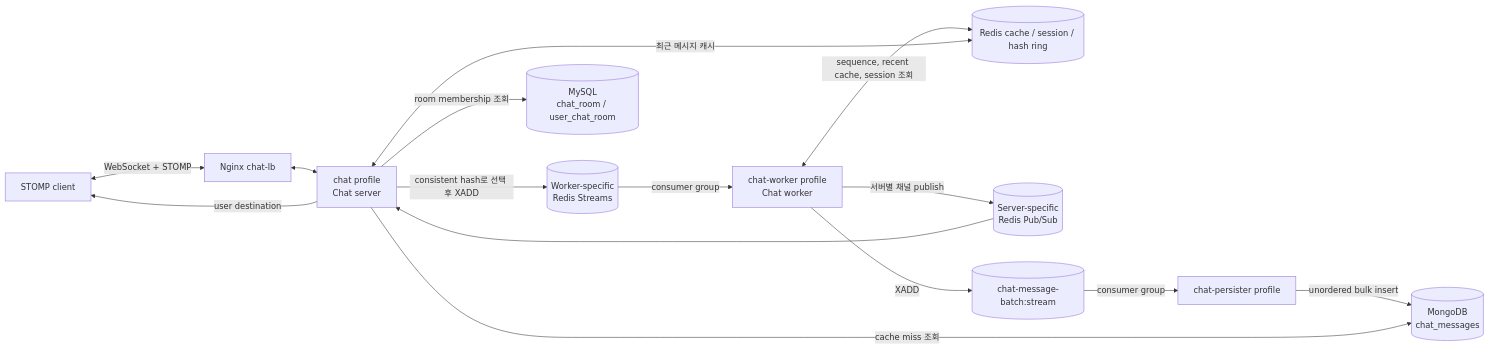
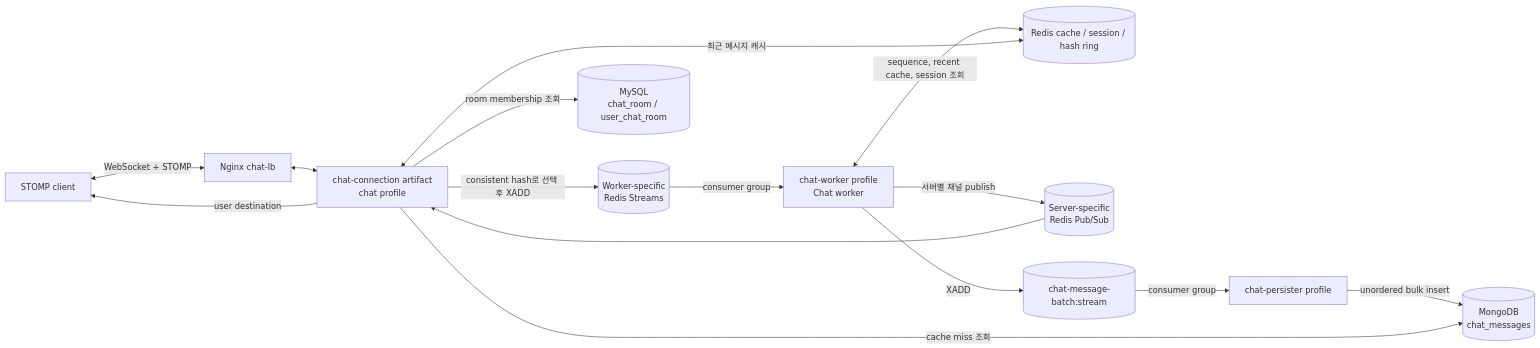
The first of 2 diagrams in BE/docs/architecture/current-chat.md (Hymin2/Webtoon-review), drawn with Mermaid before and after one commit. The commit also changed other lines of this file and 13 other files, not shown here.

Commit message:
refactor: extract chat connection module

````diff
--- a/BE/docs/architecture/current-chat.md
+++ b/BE/docs/architecture/current-chat.md
@@ -22,29 +31,29 @@
 ```mermaid
 flowchart LR
     C[STOMP client]
     LB[Nginx chat-lb]
-    CS[chat profile\nChat server]
+    CS[chat-connection artifact\nchat profile]
     WS[(Worker-specific\nRedis Streams)]
     CW[chat-worker profile\nChat worker]
     RC[(Redis cache / session / hash ring)]
     PS[(Server-specific\nRedis Pub/Sub)]
     BS[(chat-message-batch:stream)]
     CP[chat-persister profile]
     MDB[(MongoDB\nchat_messages)]
     MYSQL[(MySQL\nchat_room / user_chat_room)]
 
     C <-->|WebSocket + STOMP| LB
     LB <--> CS
     CS -->|room membership 조회| MYSQL
     CS -->|consistent hash로 선택 후 XADD| WS
     WS -->|consumer group| CW
     CW <-->|sequence, recent cache, session 조회| RC
     CW -->|서버별 채널 publish| PS
     PS --> CS
     CS -->|user destination| C
     CW -->|XADD| BS
     BS -->|consumer group| CP
     CP -->|unordered bulk insert| MDB
     CS -->|cache miss 조회| MDB
     CS <-->|최근 메시지 캐시| RC
 ```
````
